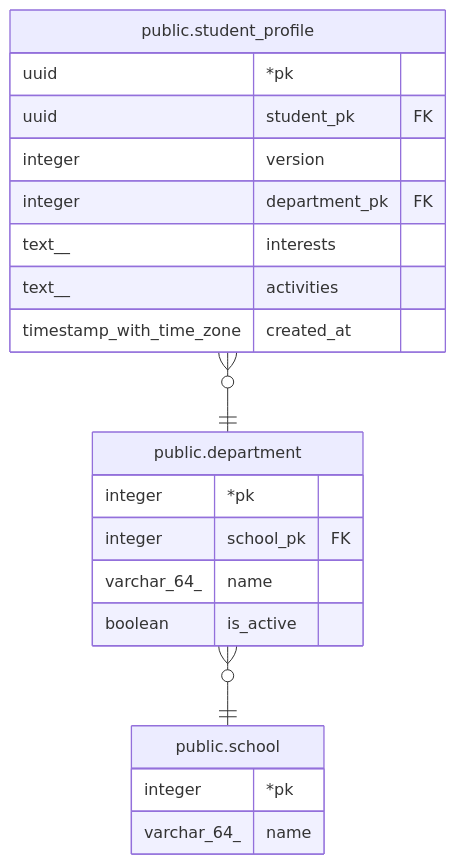
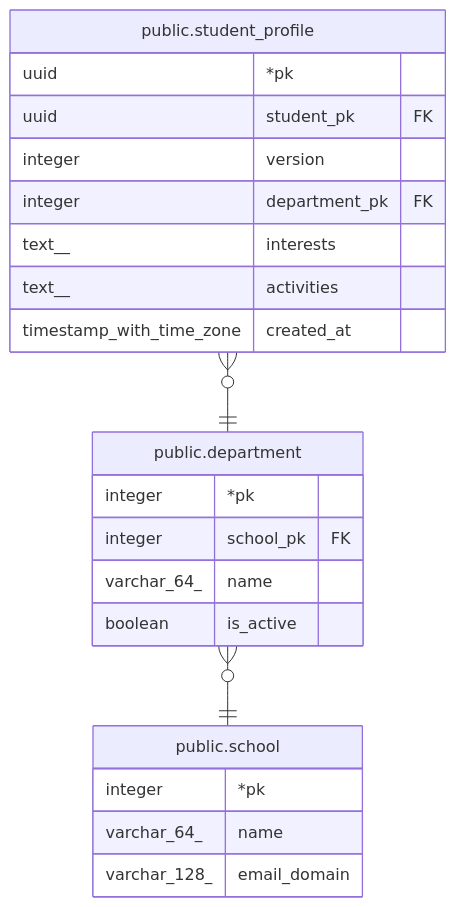
The diagram in docs/schema/public.department.md (gsainfoteam/cheers-be), drawn with Mermaid before and after one commit. The commit also changed 8 other files, not shown here.

Commit message:
- refactor: keep school.email_domain until next release (CRB-43)

````diff
--- a/docs/schema/public.department.md
+++ b/docs/schema/public.department.md
@@ -33,26 +33,27 @@
 ```mermaid
 erDiagram
 
 "public.student_profile" }o--|| "public.department" : ""
 "public.department" }o--|| "public.school" : ""
 
 "public.department" {
   integer *pk
   integer school_pk FK
   varchar_64_ name
   boolean is_active
 }
 "public.student_profile" {
   uuid *pk
   uuid student_pk FK
   integer version
   integer department_pk FK
   text__ interests
   text__ activities
   timestamp_with_time_zone created_at
 }
 "public.school" {
   integer *pk
   varchar_64_ name
+  varchar_128_ email_domain
 }
 ```
````
